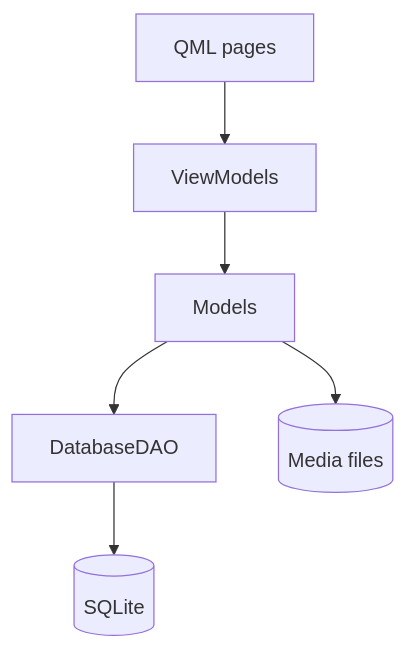
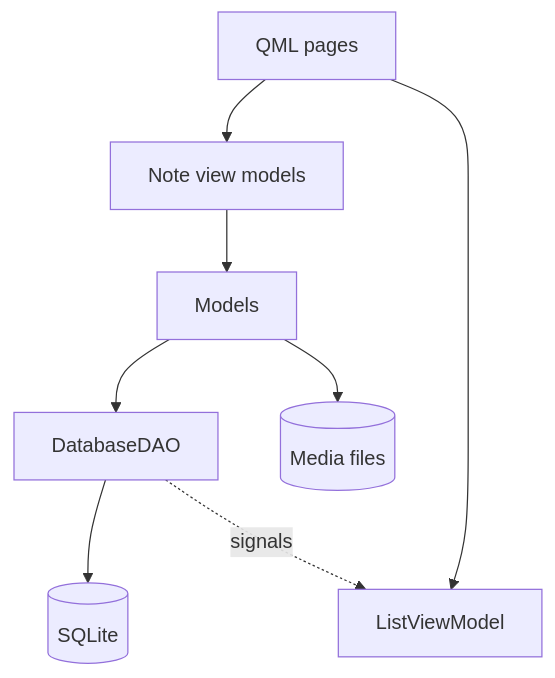
One commit to sven4500/aurora-notes changed the diagram in README.md. Above: the diagram before and after it, drawn with Mermaid. The commit also changed other lines of this file and 1 other file, not shown here.

````diff
--- a/README.md
+++ b/README.md
@@ -26,8 +40,10 @@
 ```mermaid
 flowchart TD
-    QML[QML pages] --> VM[ViewModels]
+    QML[QML pages] --> VM[Note view models]
+    QML --> LVM[ListViewModel]
     VM --> M[Models]
     M --> DAO[DatabaseDAO]
+    M --> FS[(Media files)]
     DAO --> DB[(SQLite)]
-    M --> FS[(Media files)]
+    DAO -. signals .-> LVM
 ```
````
